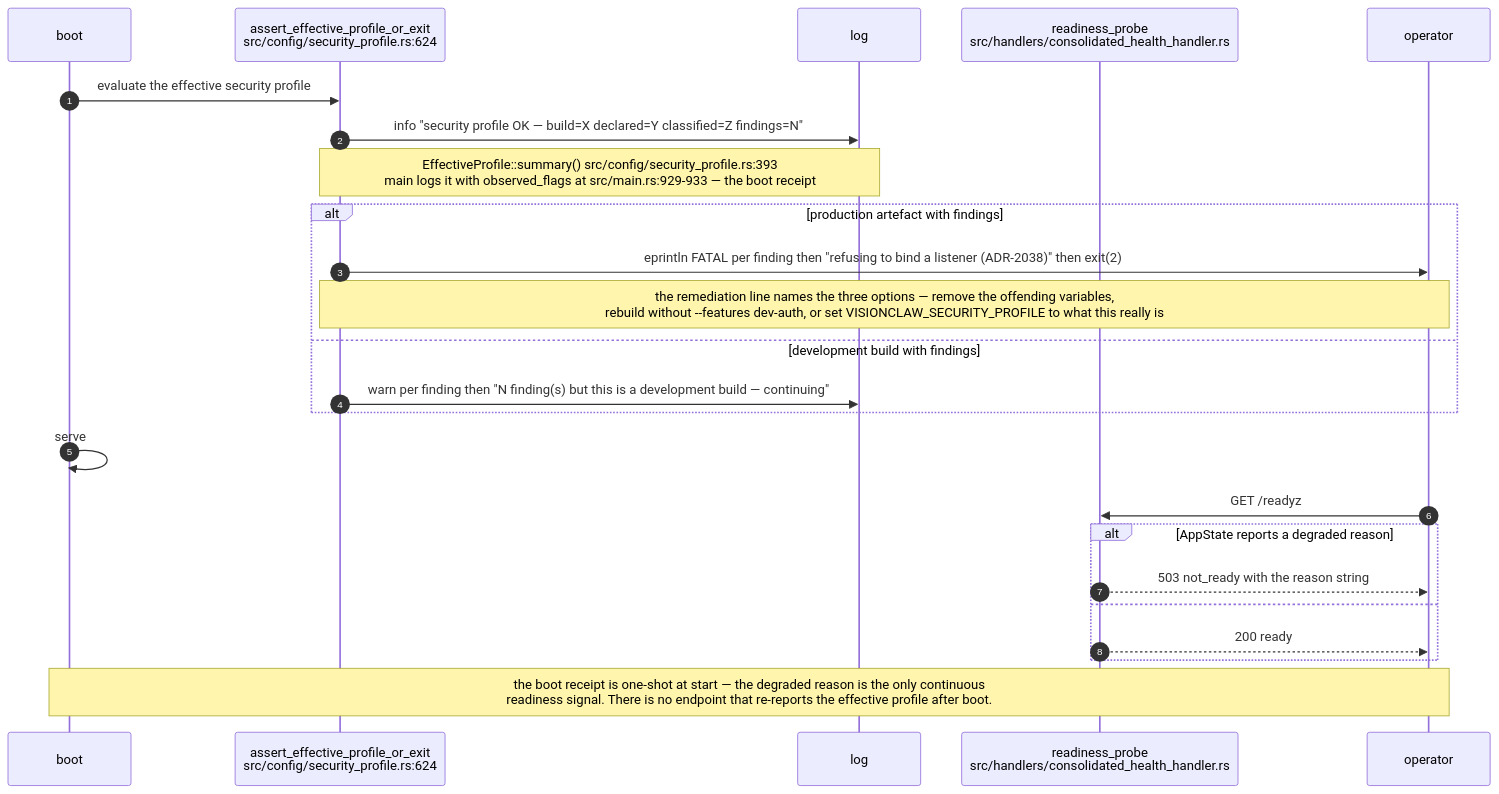
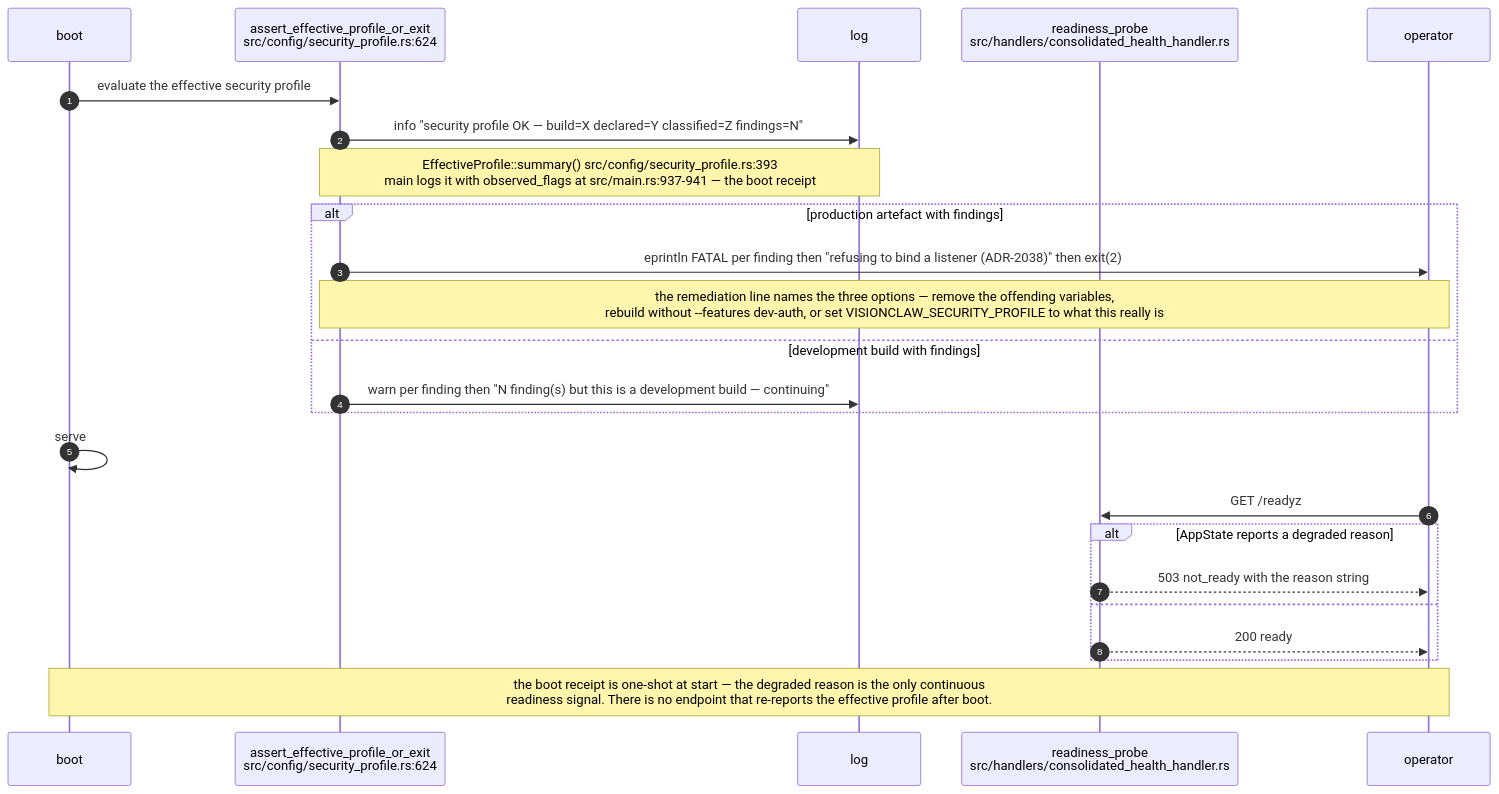
One commit to DreamLab-AI/VisionFlow changed the ninth of 9 diagrams in docs/diagrams/visionclaw/08-observability-health-and-dev-loop.md. Above: the diagram before and after it, drawn with Mermaid. The commit also changed other lines of this file and 111 other files, not shown here.

Commit message:
docs(diagrams): align estate maps with current source

````diff
--- a/docs/diagrams/visionclaw/08-observability-health-and-dev-loop.md
+++ b/docs/diagrams/visionclaw/08-observability-health-and-dev-loop.md
@@ -306,27 +307,27 @@
 ```mermaid
 sequenceDiagram
     autonumber
     participant B as boot
     participant P as assert_effective_profile_or_exit<br/>src/config/security_profile.rs:624
     participant L as log
     participant R as readiness_probe<br/>src/handlers/consolidated_health_handler.rs
     participant O as operator
 
     B->>P: evaluate the effective security profile
     P->>L: info "security profile OK — build=X declared=Y classified=Z findings=N"
-    Note over P,L: EffectiveProfile::summary() src/config/security_profile.rs:393<br/>main logs it with observed_flags at src/main.rs:929-933 — the boot receipt
+    Note over P,L: EffectiveProfile::summary() src/config/security_profile.rs:393<br/>main logs it with observed_flags at src/main.rs:937-941 — the boot receipt
     alt production artefact with findings
         P->>O: eprintln FATAL per finding then "refusing to bind a listener (ADR-2038)" then exit(2)
         Note over P,O: the remediation line names the three options — remove the offending variables,<br/>rebuild without --features dev-auth, or set VISIONCLAW_SECURITY_PROFILE to what this really is
     else development build with findings
         P->>L: warn per finding then "N finding(s) but this is a development build — continuing"
     end
     B->>B: serve
     O->>R: GET /readyz
     alt AppState reports a degraded reason
         R-->>O: 503 not_ready with the reason string
     else
         R-->>O: 200 ready
     end
     Note over B,O: the boot receipt is one-shot at start — the degraded reason is the only continuous<br/>readiness signal. There is no endpoint that re-reports the effective profile after boot.
 ```
````
